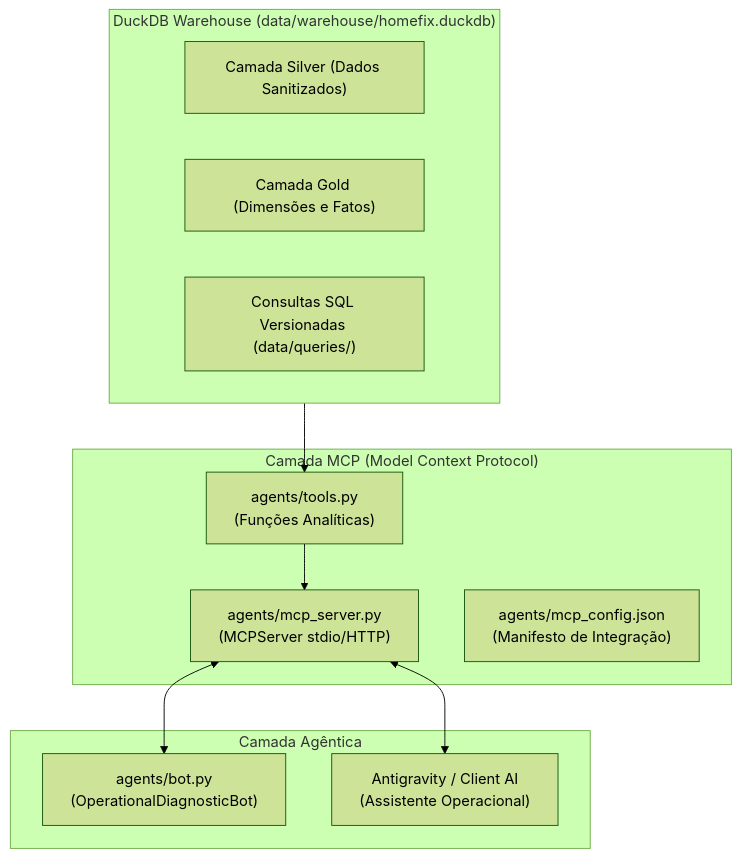
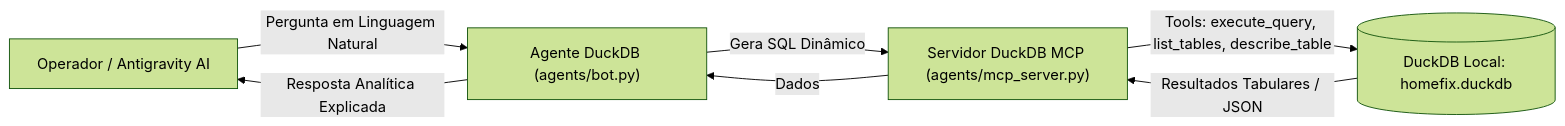
Before and after one commit to gabtei/homefix: the diagram in specs/spec-04-mcp-agents.md, drawn with Mermaid (forest theme). The commit also changed other lines of this file and 5 other files, not shown here.

Commit message:
feat(mcp): refatora servidor mcp nativo do duckdb e agente analitico sql

````diff
--- a/specs/spec-04-mcp-agents.md
+++ b/specs/spec-04-mcp-agents.md
@@ -11,24 +9,9 @@
 ```mermaid
-flowchart TD
-    subgraph DataWarehouse["DuckDB Warehouse (data/warehouse/homefix.duckdb)"]
-        Silver["Camada Silver (Dados Sanitizados)"]
-        Gold["Camada Gold (Dimensões e Fatos)"]
-        Queries["Consultas SQL Versionadas (data/queries/)"]
-    end
-
-    subgraph MCP["Camada MCP (Model Context Protocol)"]
-        Tools["agents/tools.py<br/>(Funções Analíticas)"]
-        Server["agents/mcp_server.py<br/>(MCPServer stdio/HTTP)"]
-        Config["agents/mcp_config.json<br/>(Manifesto de Integração)"]
-        Tools --> Server
-    end
-
-    subgraph Agent["Camada Agêntica"]
-        Bot["agents/bot.py<br/>(OperationalDiagnosticBot)"]
-        Antigravity["Antigravity / Client AI<br/>(Assistente Operacional)"]
-    end
-
-    DataWarehouse --> Tools
-    Server <--> Bot
-    Server <--> Antigravity
+flowchart LR
+    User["Operador / Antigravity AI"] -->|Pergunta em Linguagem Natural| Bot["Agente DuckDB (agents/bot.py)"]
+    Bot -->|Gera SQL Dinâmico| MCP["Servidor DuckDB MCP (agents/mcp_server.py)"]
+    MCP -->|Tools: execute_query, list_tables, describe_table| DB[("DuckDB Local: homefix.duckdb")]
+    DB -->|Resultados Tabulares / JSON| MCP
+    MCP -->|Dados| Bot
+    Bot -->|Resposta Analítica Explicada| User
 ```
````
